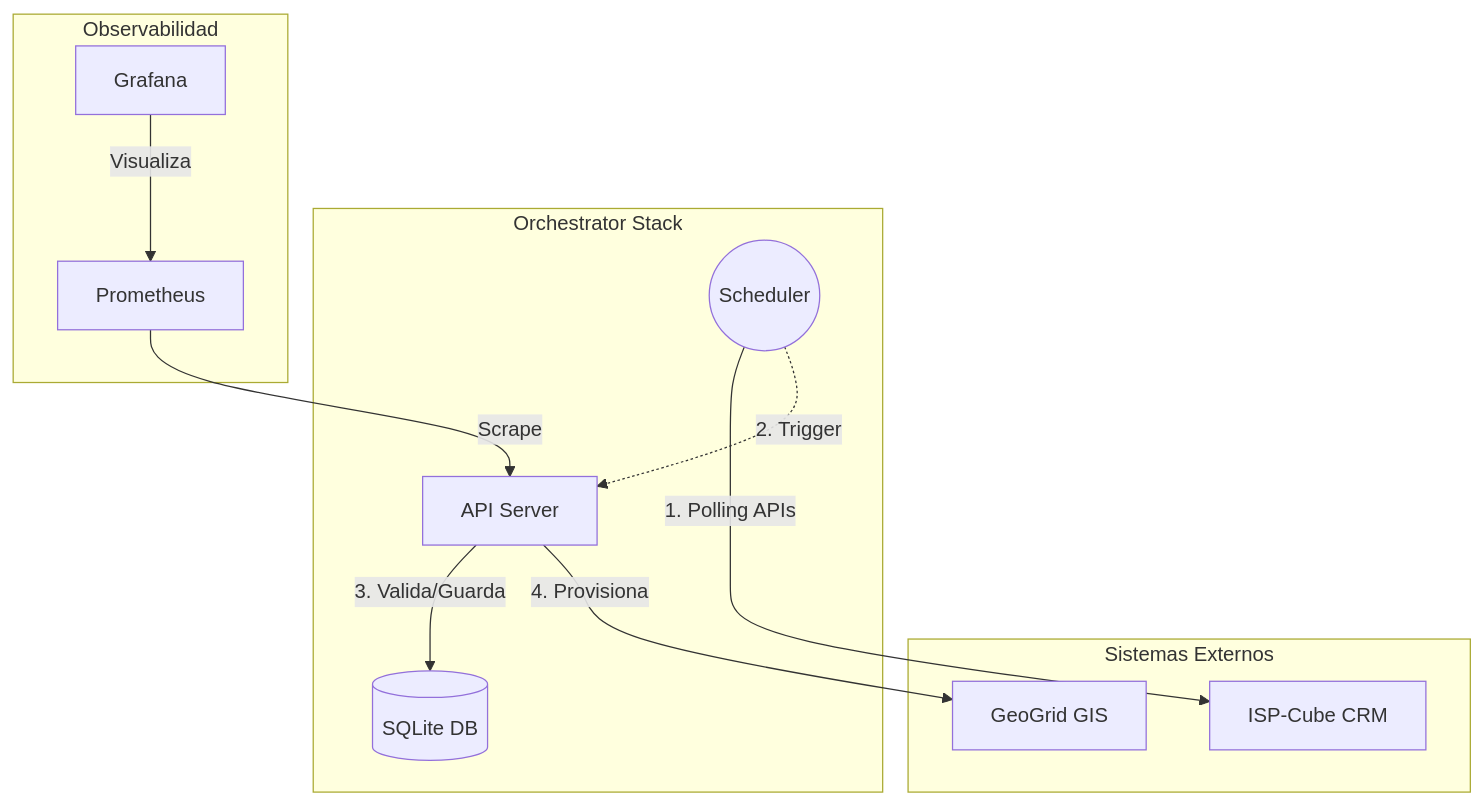
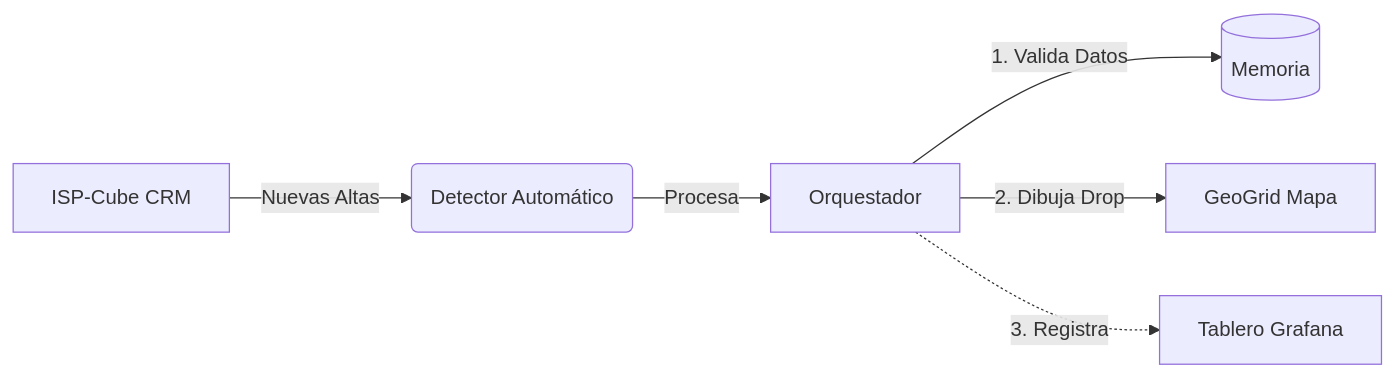
The diagram in README.md (manumagallanes/OrquestadorIntercity), drawn with Mermaid before and after one commit.

Commit message:
fix: diagrama lineal

````diff
--- a/README.md
+++ b/README.md
@@ -60,27 +62,11 @@
 ```mermaid
-graph TD
-    subgraph External [Sistemas Externos]
-        ISP[ISP-Cube CRM]
-        GEO[GeoGrid GIS]
-    end
-
-    subgraph Core [Orchestrator Stack]
-        SCH((Scheduler))
-        API[API Server]
-        DB[(SQLite DB)]
-    end
-
-    subgraph Monitoring [Observabilidad]
-        PROM[Prometheus]
-        GRAF[Grafana]
-    end
-
-    SCH -->|1. Polling APIs| ISP
-    SCH -.->|2. Trigger| API
+graph LR
+    %% Flujo de Izquierda a Derecha
+    ISP[ISP-Cube CRM] -->|Nuevas Altas| SCH(Detector Automático)
+    SCH -->|Procesa| API[Orquestador]
     
-    API -->|3. Valida/Guarda| DB
-    API -->|4. Provisiona| GEO
+    API -->|1. Valida Datos| DB[(Memoria)]
+    API -->|2. Dibuja Drop| GEO[GeoGrid Mapa]
     
-    PROM -->|Scrape| API
-    GRAF -->|Visualiza| PROM
+    API -.->|3. Registra| GRAF[Tablero Grafana]
 ```
````
